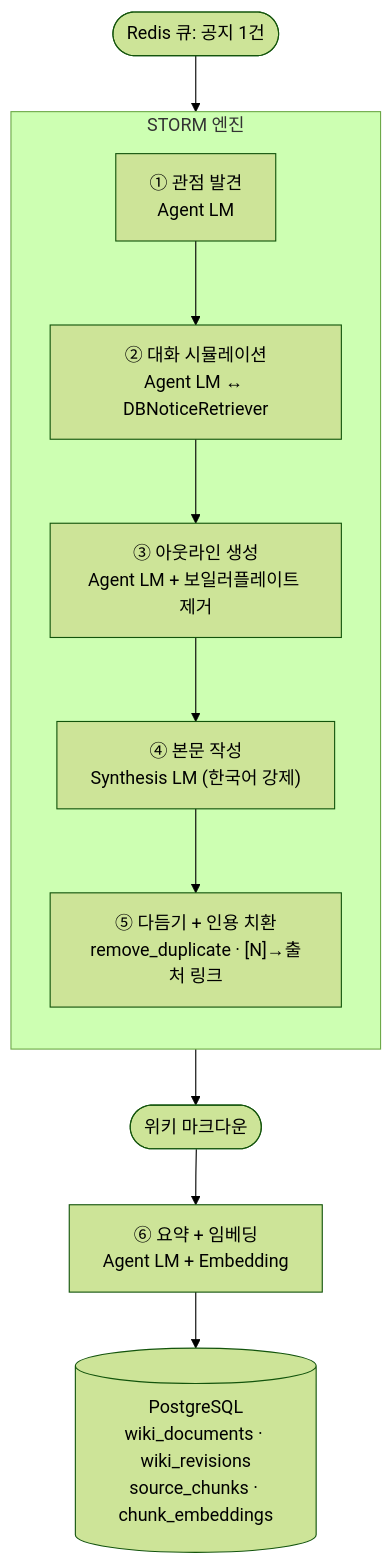
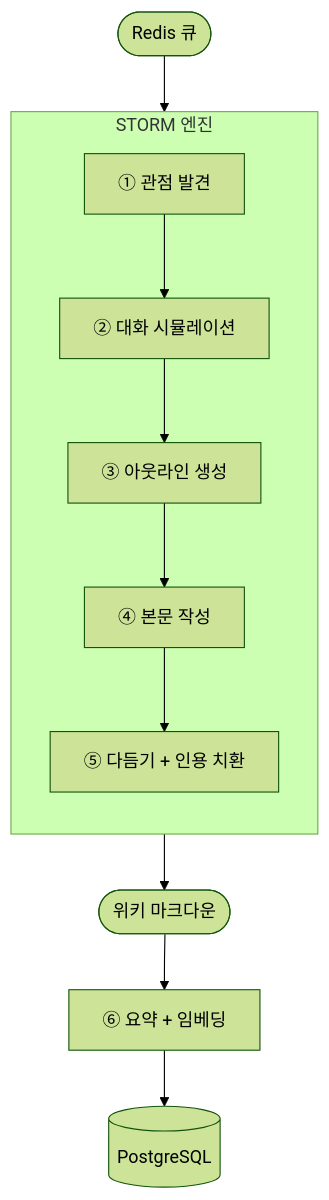
Before and after one commit to Hallym-Workerbees/hivewiki-builder: the diagram in README.md, drawn with Mermaid (forest theme). The commit also changed other lines of this file, not shown here.

Commit message:
docs: simplify README

````diff
--- a/README.md
+++ b/README.md
@@ -30,15 +28,15 @@
 ```mermaid
 flowchart TD
-    A([Redis 큐: 공지 1건]) --> B
+    A([Redis 큐]) --> B
     subgraph STORM["STORM 엔진"]
       direction TB
-      B["① 관점 발견<br/>Agent LM"] --> C
-      C["② 대화 시뮬레이션<br/>Agent LM ↔ DBNoticeRetriever"] --> D
-      D["③ 아웃라인 생성<br/>Agent LM + 보일러플레이트 제거"] --> E
-      E["④ 본문 작성<br/>Synthesis LM (한국어 강제)"] --> F
-      F["⑤ 다듬기 + 인용 치환<br/>remove_duplicate · [N]→출처 링크"]
+      B["① 관점 발견"] --> C
+      C["② 대화 시뮬레이션"] --> D
+      D["③ 아웃라인 생성"] --> E
+      E["④ 본문 작성"] --> F
+      F["⑤ 다듬기 + 인용 치환"]
     end
     F --> G([위키 마크다운])
-    G --> H["⑥ 요약 + 임베딩<br/>Agent LM + Embedding"]
-    H --> I[("PostgreSQL<br/>wiki_documents · wiki_revisions<br/>source_chunks · chunk_embeddings")]
+    G --> H["⑥ 요약 + 임베딩"]
+    H --> I[("PostgreSQL")]
 ```
````
